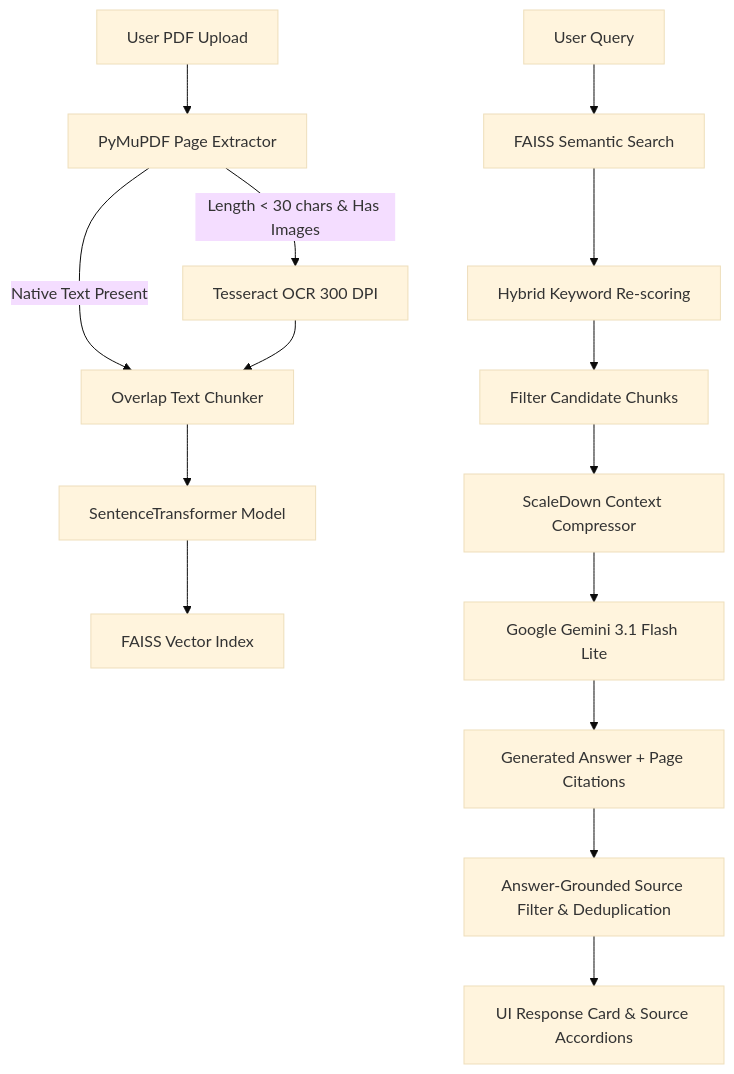
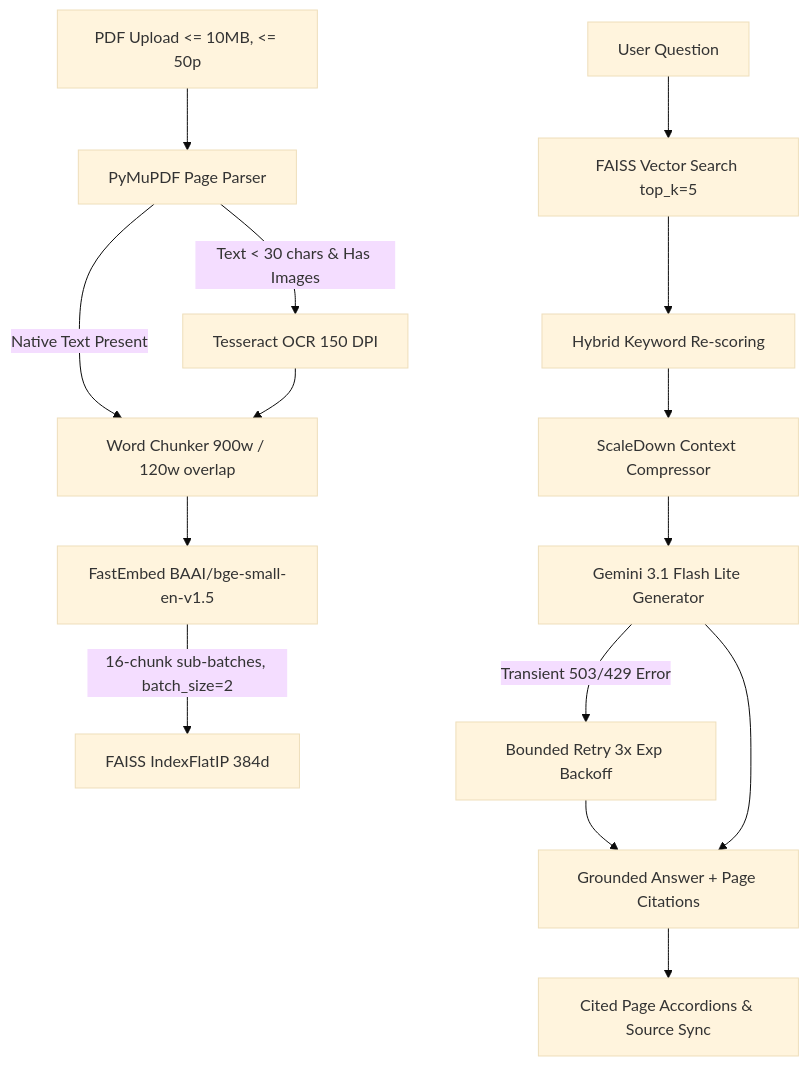
The diagram in README.md (devverma14/product-manual-assistant), drawn with Mermaid (base theme) before and after one commit. The commit also changed other lines of this file and 5 other files, not shown here.

````diff
--- a/README.md
+++ b/README.md
@@ -51,18 +54,18 @@
 ```mermaid
 flowchart TD
-    A[User PDF Upload] --> B[PyMuPDF Page Extractor]
-    B -->|Length < 30 chars & Has Images| C[Tesseract OCR 300 DPI]
-    B -->|Native Text Present| D[Overlap Text Chunker]
+    A[PDF Upload <= 10MB, <= 50p] --> B[PyMuPDF Page Parser]
+    B -->|Text < 30 chars & Has Images| C[Tesseract OCR 150 DPI]
+    B -->|Native Text Present| D[Word Chunker 900w / 120w overlap]
     C --> D
-    D --> E[SentenceTransformer Model]
-    E --> F[FAISS Vector Index]
+    D --> E[FastEmbed BAAI/bge-small-en-v1.5]
+    E -->|16-chunk sub-batches, batch_size=2| F[FAISS IndexFlatIP 384d]
     
-    G[User Query] --> H[FAISS Semantic Search]
+    G[User Question] --> H[FAISS Vector Search top_k=5]
     H --> I[Hybrid Keyword Re-scoring]
-    I --> J[Filter Candidate Chunks]
-    J --> K[ScaleDown Context Compressor]
-    K --> L[Google Gemini 3.1 Flash Lite]
-    L --> M[Generated Answer + Page Citations]
-    M --> N[Answer-Grounded Source Filter & Deduplication]
-    N --> O[UI Response Card & Source Accordions]
+    I --> J[ScaleDown Context Compressor]
+    J --> K[Gemini 3.1 Flash Lite Generator]
+    K -->|Transient 503/429 Error| L[Bounded Retry 3x Exp Backoff]
+    L --> M[Grounded Answer + Page Citations]
+    K --> M
+    M --> N[Cited Page Accordions & Source Sync]
 ```
````
